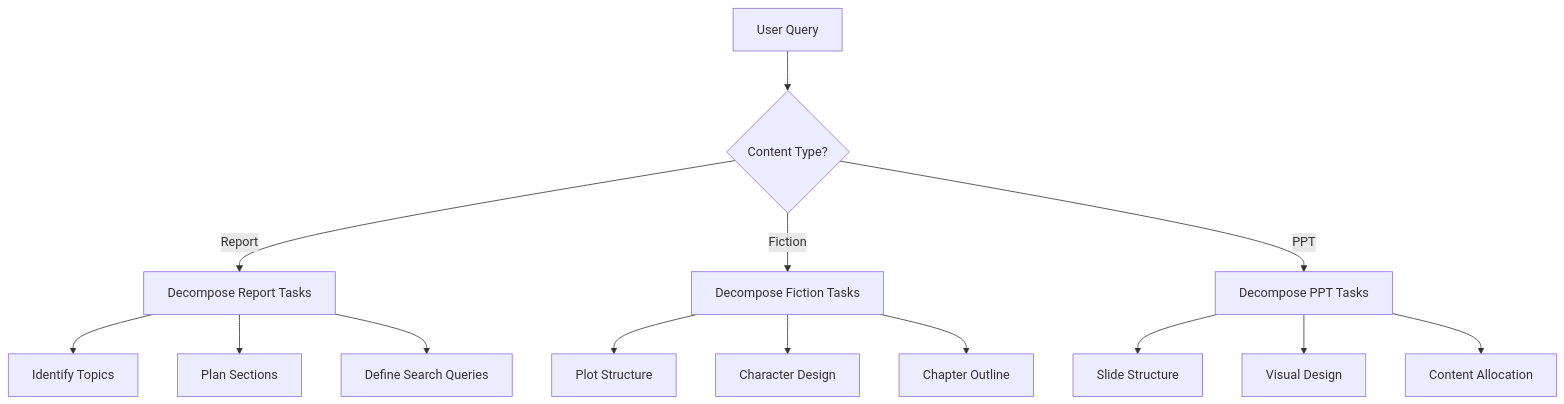
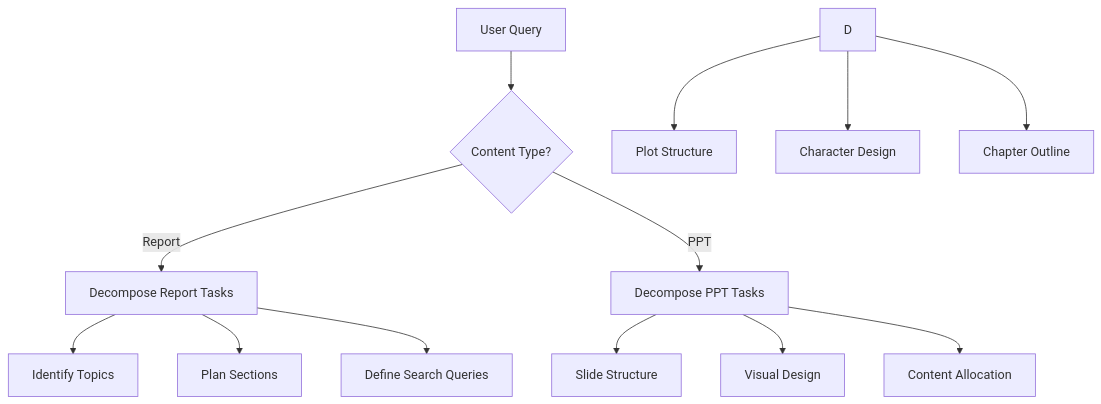
Before and after one commit to Iridescent0914/xunlong-pro: the second of 6 diagrams in docs/guide/workflow.md, drawn with Mermaid. The commit also changed other lines of this file and 106 other files, not shown here.

````diff
--- a/docs/guide/workflow.md
+++ b/docs/guide/workflow.md
@@ -60,19 +60,18 @@
 ```mermaid
 graph TD
     A[User Query] --> B{Content Type?}
     B -->|Report| C[Decompose Report Tasks]
-    B -->|Fiction| D[Decompose Fiction Tasks]
     B -->|PPT| E[Decompose PPT Tasks]
     
     C --> C1[Identify Topics]
     C --> C2[Plan Sections]
     C --> C3[Define Search Queries]
     
     D --> D1[Plot Structure]
     D --> D2[Character Design]
     D --> D3[Chapter Outline]
     
     E --> E1[Slide Structure]
     E --> E2[Visual Design]
     E --> E3[Content Allocation]
 ```
````
